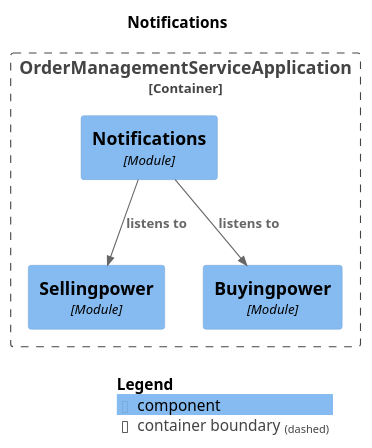
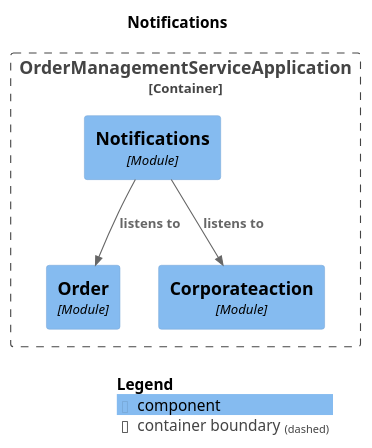
The diagram in static/spring-modulith-docs/module-notifications.puml (NosearY/order-management-service-reference-implementation), drawn with PlantUML before and after one commit. The commit also changed 22 other files, not shown here.

```diff
--- a/static/spring-modulith-docs/module-notifications.puml
+++ b/static/spring-modulith-docs/module-notifications.puml
@@ -1,21 +1,21 @@
 @startuml
 set separator none
 title Notifications
 
 top to bottom direction
 
 !include <C4/C4>
 !include <C4/C4_Context>
 !include <C4/C4_Component>
 
 Container_Boundary("OrderManagementServiceApplication.OrderManagementServiceApplication_boundary", "OrderManagementServiceApplication", $tags="") {
-  Component(OrderManagementServiceApplication.OrderManagementServiceApplication.Sellingpower, "Sellingpower", $techn="Module", $descr="", $tags="", $link="")
-  Component(OrderManagementServiceApplication.OrderManagementServiceApplication.Buyingpower, "Buyingpower", $techn="Module", $descr="", $tags="", $link="")
+  Component(OrderManagementServiceApplication.OrderManagementServiceApplication.Order, "Order", $techn="Module", $descr="", $tags="", $link="")
+  Component(OrderManagementServiceApplication.OrderManagementServiceApplication.Corporateaction, "Corporateaction", $techn="Module", $descr="", $tags="", $link="")
   Component(OrderManagementServiceApplication.OrderManagementServiceApplication.Notifications, "Notifications", $techn="Module", $descr="", $tags="", $link="")
 }
 
-Rel(OrderManagementServiceApplication.OrderManagementServiceApplication.Notifications, OrderManagementServiceApplication.OrderManagementServiceApplication.Sellingpower, "listens to", $techn="", $tags="", $link="")
-Rel(OrderManagementServiceApplication.OrderManagementServiceApplication.Notifications, OrderManagementServiceApplication.OrderManagementServiceApplication.Buyingpower, "listens to", $techn="", $tags="", $link="")
+Rel(OrderManagementServiceApplication.OrderManagementServiceApplication.Notifications, OrderManagementServiceApplication.OrderManagementServiceApplication.Corporateaction, "listens to", $techn="", $tags="", $link="")
+Rel(OrderManagementServiceApplication.OrderManagementServiceApplication.Notifications, OrderManagementServiceApplication.OrderManagementServiceApplication.Order, "listens to", $techn="", $tags="", $link="")
 
 SHOW_LEGEND(true)
 @enduml
```
